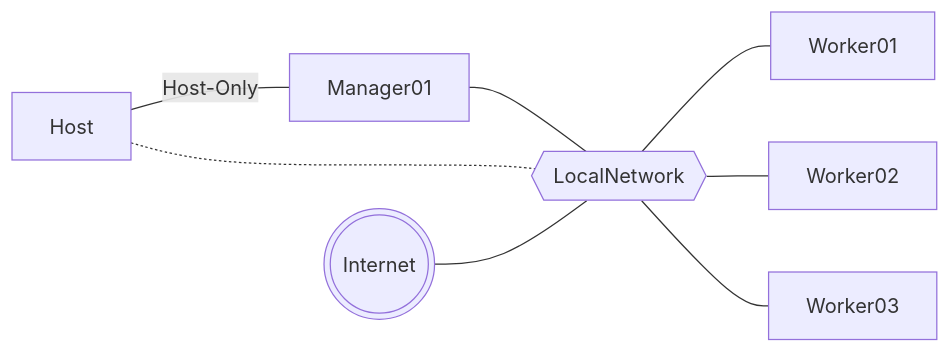
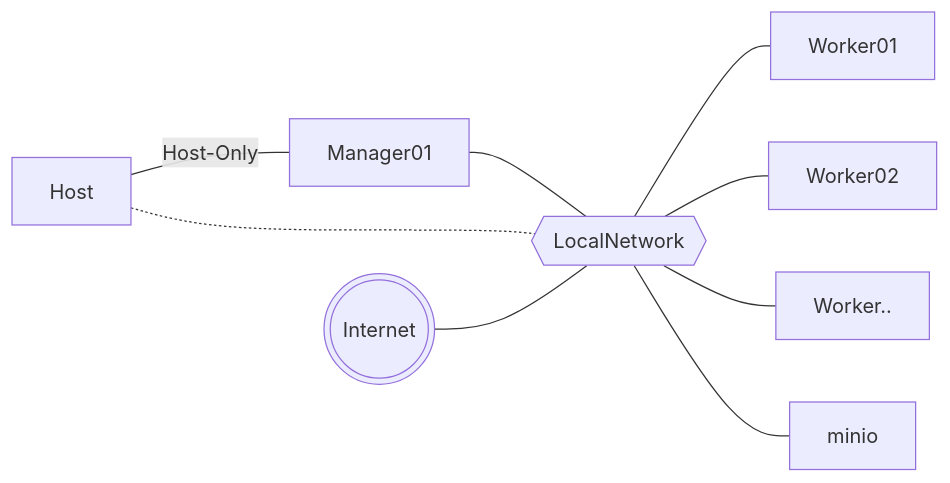
One commit to pgaljan/snippets changed the diagram in K3SLite.md. Above: the diagram before and after it, drawn with Mermaid.

````diff
--- a/K3SLite.md
+++ b/K3SLite.md
@@ -15,10 +15,11 @@
 ```mermaid
 flowchart LR;
     Host---|Host-Only|Manager01;
     Manager01---LocalNetwork{{LocalNetwork}}
     LocalNetwork---Worker01
     LocalNetwork---Worker02
-    LocalNetwork---Worker03
+    LocalNetwork---Worker..
+    LocalNetwork---minio
     Host -.- LocalNetwork
     Internet(((Internet)))---LocalNetwork
 ```
````
